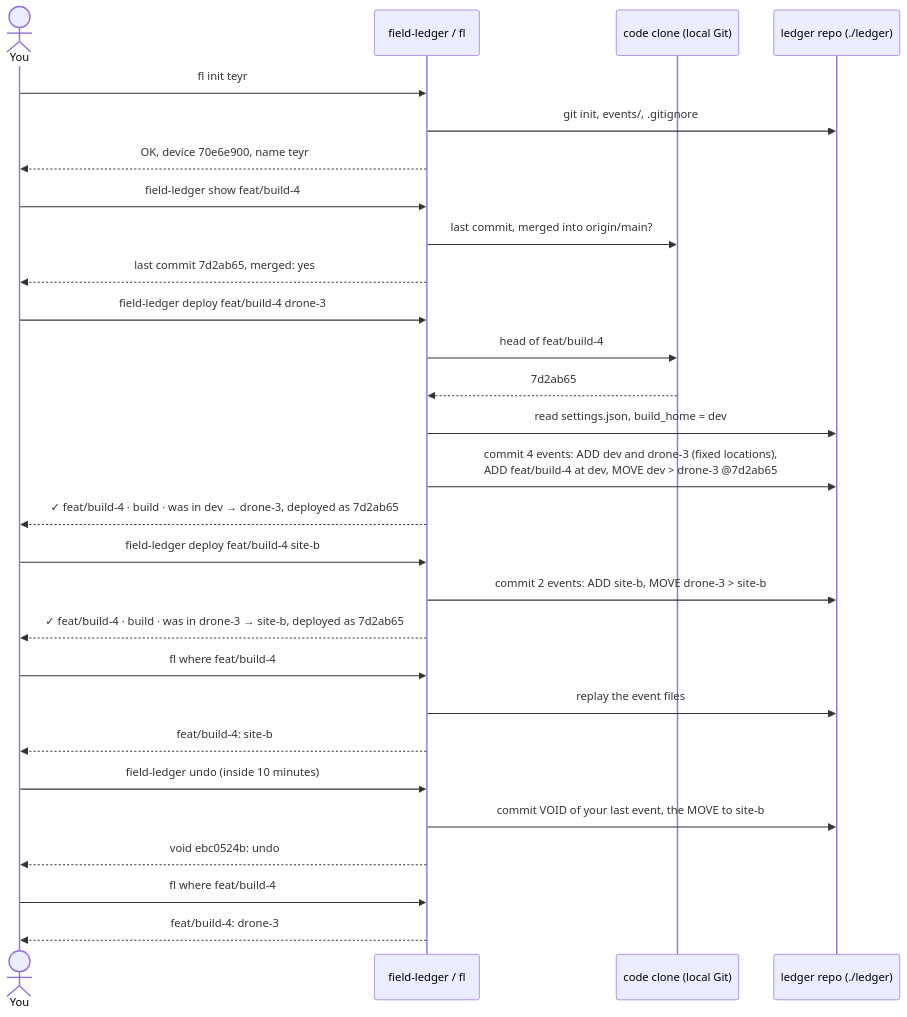
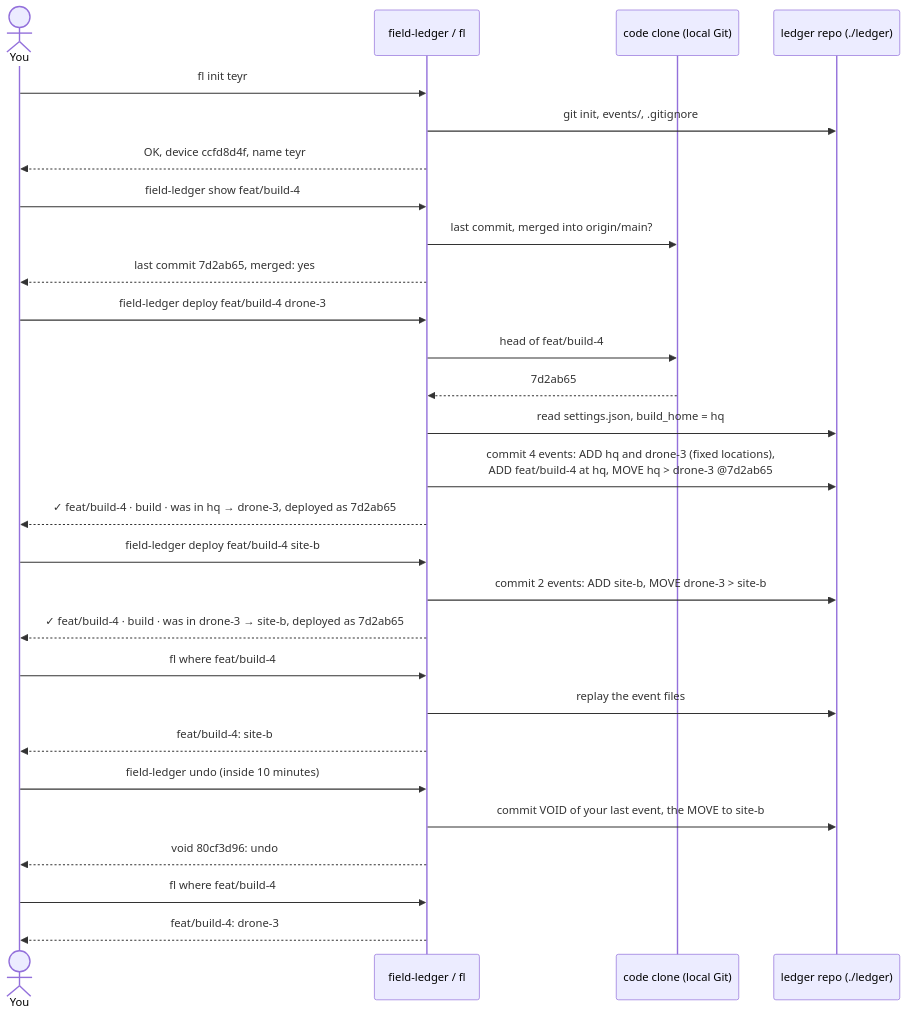
One commit to TeyrCrimson/field-ledger changed the diagram in README.md. Above: the diagram before and after it, drawn with Mermaid. The commit also changed other lines of this file and 4 other files, not shown here.

First line of the commit message:
fix(settings): build_home defaults to hq, a physical place

````diff
--- a/README.md
+++ b/README.md
@@ -290,37 +290,37 @@
 ```mermaid
 sequenceDiagram
     actor You
     participant CLI as field-ledger / fl
     participant Code as code clone (local Git)
     participant Ledger as ledger repo (./ledger)
 
     You->>CLI: fl init teyr
     CLI->>Ledger: git init, events/, .gitignore
-    CLI-->>You: OK, device 70e6e900, name teyr
+    CLI-->>You: OK, device ccfd8d4f, name teyr
 
     You->>CLI: field-ledger show feat/build-4
     CLI->>Code: last commit, merged into origin/main?
     CLI-->>You: last commit 7d2ab65, merged: yes
 
     You->>CLI: field-ledger deploy feat/build-4 drone-3
     CLI->>Code: head of feat/build-4
     Code-->>CLI: 7d2ab65
-    CLI->>Ledger: read settings.json, build_home = dev
-    CLI->>Ledger: commit 4 events: ADD dev and drone-3 (fixed locations),<br/>ADD feat/build-4 at dev, MOVE dev > drone-3 @7d2ab65
-    CLI-->>You: ✓ feat/build-4 · build · was in dev → drone-3, deployed as 7d2ab65
+    CLI->>Ledger: read settings.json, build_home = hq
+    CLI->>Ledger: commit 4 events: ADD hq and drone-3 (fixed locations),<br/>ADD feat/build-4 at hq, MOVE hq > drone-3 @7d2ab65
+    CLI-->>You: ✓ feat/build-4 · build · was in hq → drone-3, deployed as 7d2ab65
 
     You->>CLI: field-ledger deploy feat/build-4 site-b
     CLI->>Ledger: commit 2 events: ADD site-b, MOVE drone-3 > site-b
     CLI-->>You: ✓ feat/build-4 · build · was in drone-3 → site-b, deployed as 7d2ab65
 
     You->>CLI: fl where feat/build-4
     CLI->>Ledger: replay the event files
     CLI-->>You: feat/build-4: site-b
 
     You->>CLI: field-ledger undo (inside 10 minutes)
     CLI->>Ledger: commit VOID of your last event, the MOVE to site-b
-    CLI-->>You: void ebc0524b: undo
+    CLI-->>You: void 80cf3d96: undo
 
     You->>CLI: fl where feat/build-4
     CLI-->>You: feat/build-4: drone-3
 ```
````
